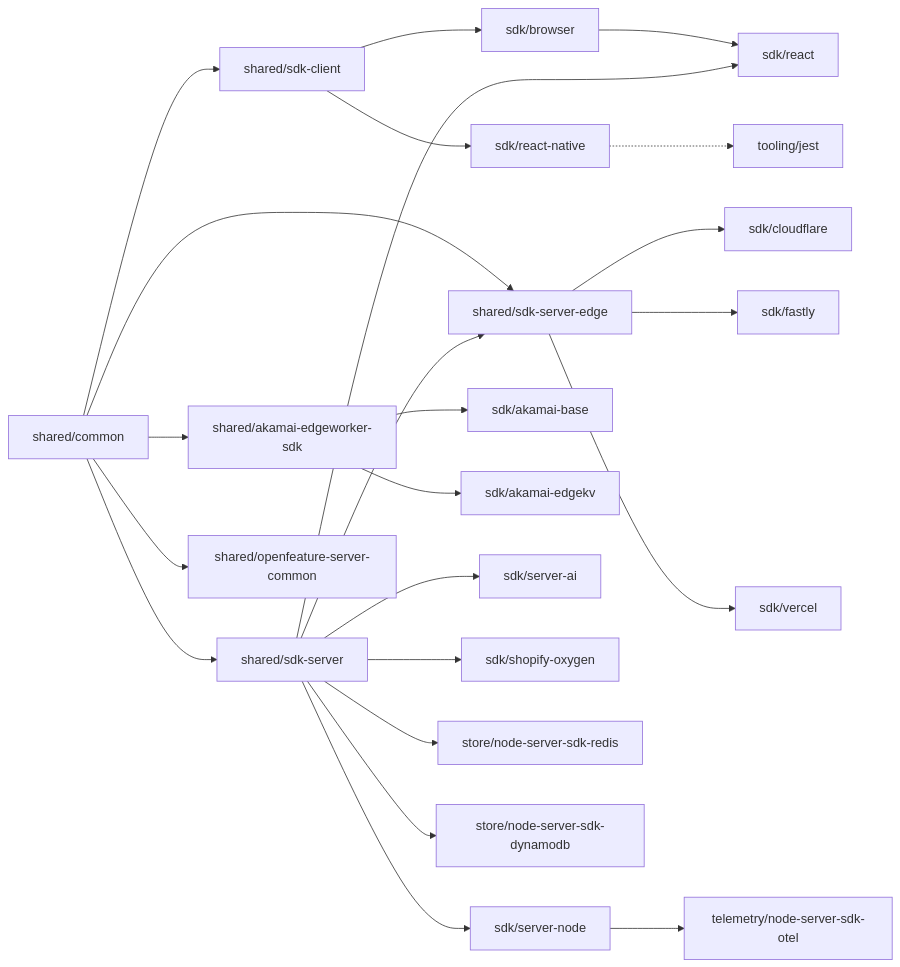
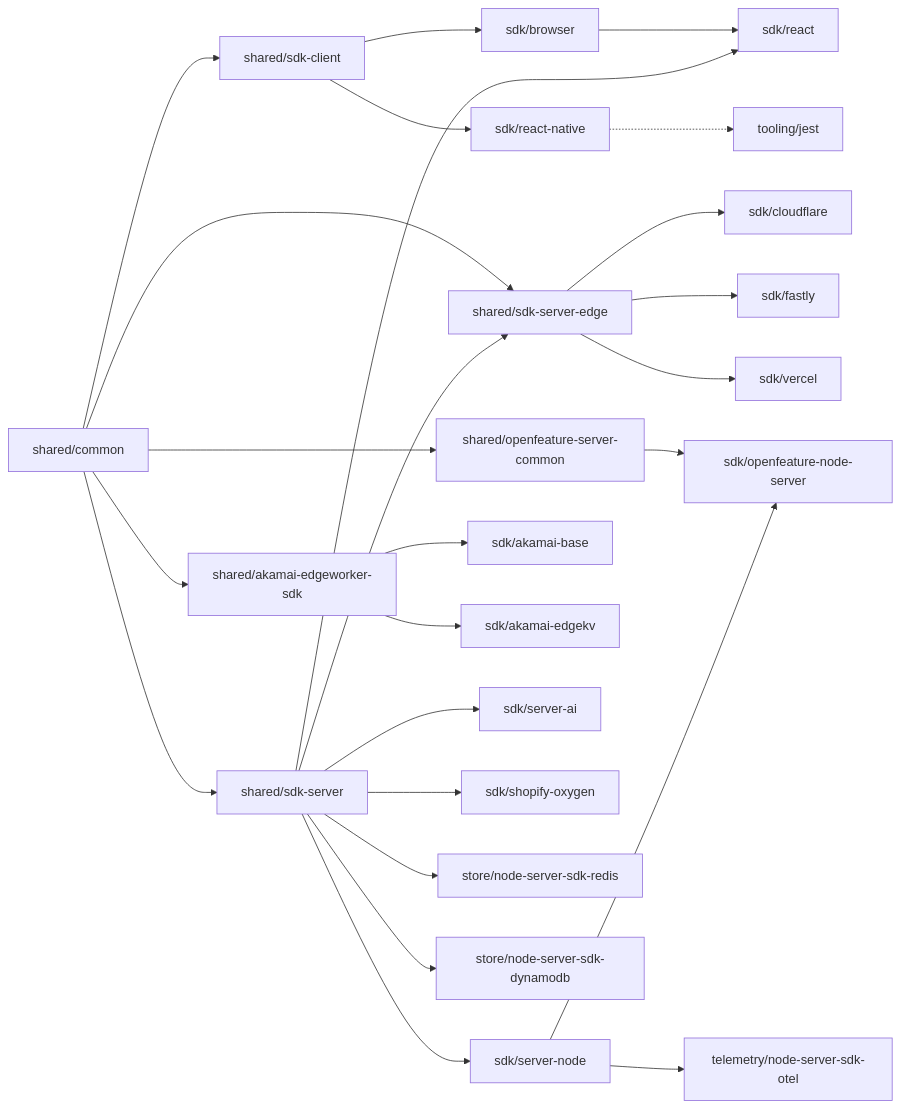
Before and after one commit to launchdarkly/js-core: the diagram in CONTRIBUTING.md, drawn with Mermaid. The commit also changed other lines of this file and 4 other files, not shown here.

First line of the commit message:
feat: openfeature-node-server migration (#1767)

````diff
--- a/CONTRIBUTING.md
+++ b/CONTRIBUTING.md
@@ -149,74 +149,78 @@
 ```mermaid
 flowchart LR
     %% Shared packages
     common[shared/common]
     sdk-client[shared/sdk-client]
     sdk-server[shared/sdk-server]
     sdk-server-edge[shared/sdk-server-edge]
     akamai-edgeworker[shared/akamai-edgeworker-sdk]
     openfeature-server-common[shared/openfeature-server-common]
 
     %% SDK packages
     server-node[sdk/server-node]
     cloudflare[sdk/cloudflare]
     fastly[sdk/fastly]
     react-native[sdk/react-native]
     browser[sdk/browser]
     vercel[sdk/vercel]
     akamai-base[sdk/akamai-base]
     akamai-edgekv[sdk/akamai-edgekv]
     server-ai[sdk/server-ai]
     react[sdk/react]
     shopify-oxygen[sdk/shopify-oxygen]
+    openfeature-node-server[sdk/openfeature-node-server]
 
     %% Store packages
     redis[store/node-server-sdk-redis]
     dynamodb[store/node-server-sdk-dynamodb]
 
     %% Telemetry packages
     node-otel[telemetry/node-server-sdk-otel]
 
     %% Tooling packages
     jest[tooling/jest]
 
     %% Dependencies between shared packages
     common --> sdk-client
     common --> sdk-server
     common --> sdk-server-edge
     common --> akamai-edgeworker
     common --> openfeature-server-common
     sdk-server --> sdk-server-edge
     
     %% Dependencies for SDK packages
     sdk-client --> browser
     sdk-client --> react-native
     browser --> react
     sdk-server --> react
     
     sdk-server --> server-node
     sdk-server --> server-ai
     sdk-server --> shopify-oxygen
     
     sdk-server-edge --> cloudflare
     sdk-server-edge --> fastly
     sdk-server-edge --> vercel
     
     akamai-edgeworker --> akamai-base
     akamai-edgeworker --> akamai-edgekv
-    
+
+    openfeature-server-common --> openfeature-node-server
+    server-node --> openfeature-node-server
+
     %% Dependencies for store packages
     sdk-server --> redis
     sdk-server --> dynamodb
     
     %% Dependencies for telemetry packages
     server-node --> node-otel
     
     %% Dependencies for tooling packages
     react-native -.-> jest
     
     class common,sdk-client,sdk-server,sdk-server-edge,akamai-edgeworker,openfeature-server-common shared
-    class server-node,cloudflare,fastly,react-native,browser,vercel,akamai-base,akamai-edgekv,server-ai,react,shopify-oxygen sdk
+    class server-node,cloudflare,fastly,react-native,browser,vercel,akamai-base,akamai-edgekv,server-ai,react,shopify-oxygen,openfeature-node-server sdk
     class redis,dynamodb store
     class node-otel telemetry
     class jest tooling
 ```
````
